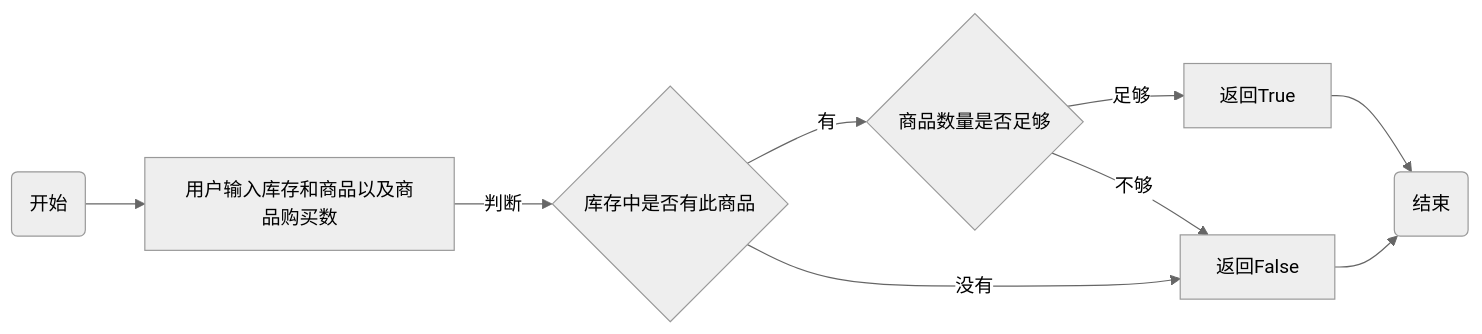
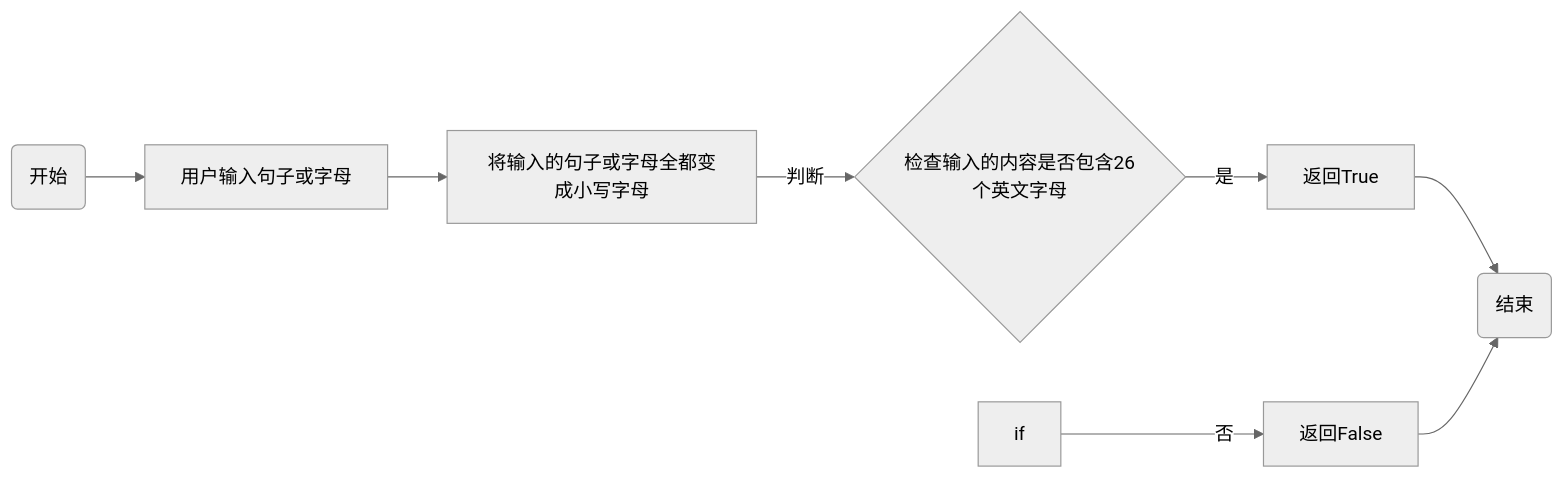
One commit to ijefie/gittt changed the third of 3 diagrams in experiment5.md. Above: the diagram before and after it, drawn with Mermaid (neutral theme). The commit also changed other lines of this file, not shown here.

````diff
--- a/experiment5.md
+++ b/experiment5.md
@@ -124,11 +168,10 @@
 ```mermaid
 flowchart  LR
-Start(开始) --> Scanf[用户输入库存和商品以及商品购买数]
-    Scanf --> |判断|if{库存中是否有此商品}
-if --> |有|If{商品数量是否足够}
-if --> |没有|ou[返回False]
-If --> |足够|ji[返回True]
-If --> |不够|ou[返回False]
+Start(开始) --> Scanf[用户输入句子或字母]
+    Scanf --> slow[将输入的句子或字母全都变成小写字母]
+slow --> |判断|If{检查输入的内容是否包含26个英文字母}
+if --> |否|ou[返回False]
+If --> |是|ji[返回True]
     ji --> End(结束)
     ou --> End(结束)
 ```
````
